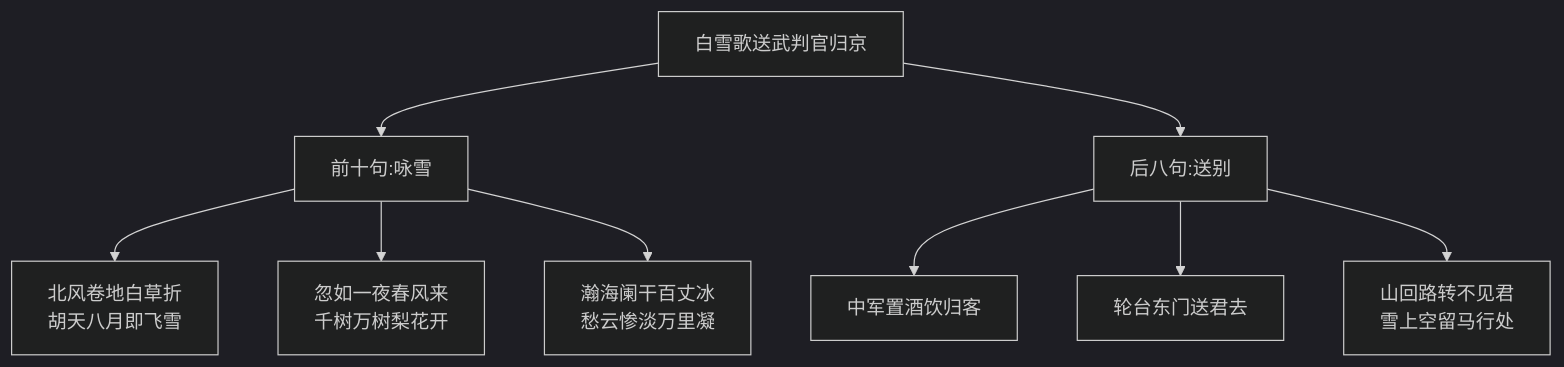
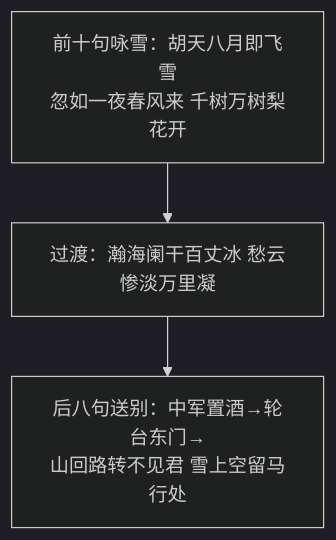
One commit to moirakk/beijing-study-portal changed the second of 5 diagrams in content/chinese/grade9-1/ch6/t5/note.md. Above: the diagram before and after it, drawn with Mermaid (dark theme). The commit also changed other lines of this file and 30 other files, not shown here.

````diff
--- a/content/chinese/grade9-1/ch6/t5/note.md
+++ b/content/chinese/grade9-1/ch6/t5/note.md
@@ -32,11 +27,5 @@
 ```mermaid
 flowchart TD
-    A[白雪歌送武判官归京] --> B[前十句:咏雪]
-    A --> C[后八句:送别]
-    B --> D[北风卷地白草折<br/>胡天八月即飞雪]
-    B --> E[忽如一夜春风来<br/>千树万树梨花开]
-    B --> F[瀚海阑干百丈冰<br/>愁云惨淡万里凝]
-    C --> G[中军置酒饮归客]
-    C --> H[轮台东门送君去]
-    C --> I[山回路转不见君<br/>雪上空留马行处]
+    A["前十句咏雪：胡天八月即飞雪<br/>忽如一夜春风来 千树万树梨花开"] --> B[过渡：瀚海阑干百丈冰 愁云惨淡万里凝]
+    B --> C[后八句送别：中军置酒→轮台东门→<br/>山回路转不见君 雪上空留马行处]
 ```
````
